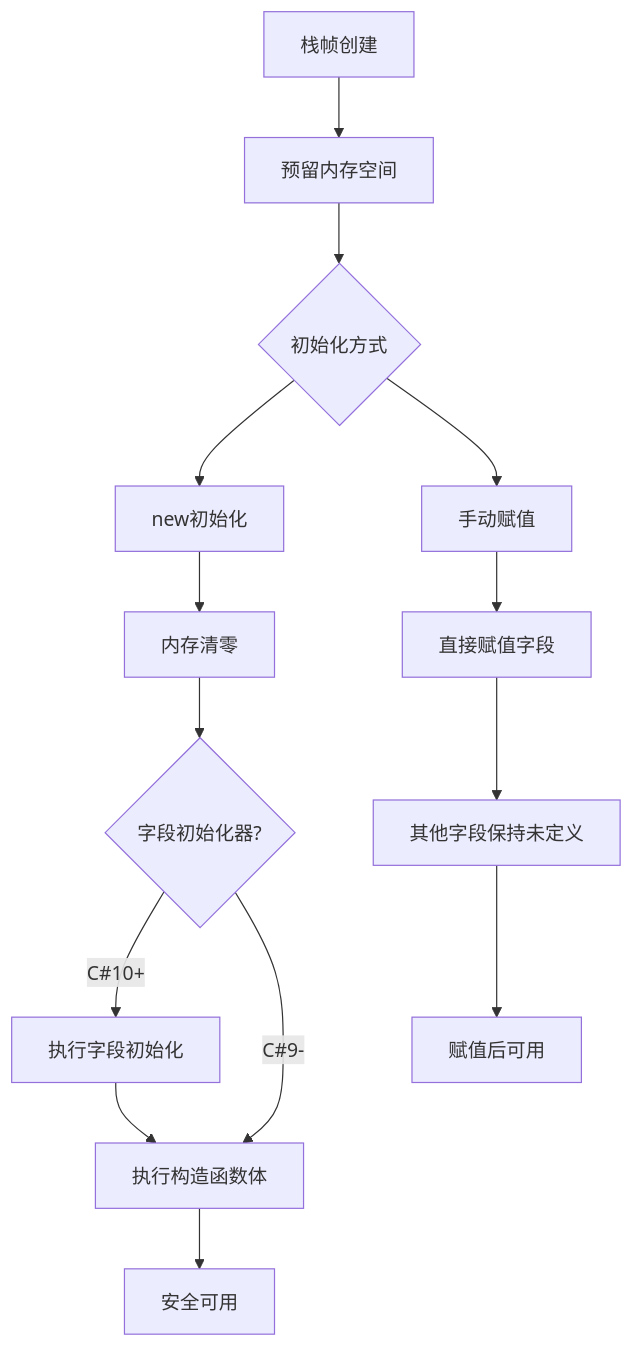
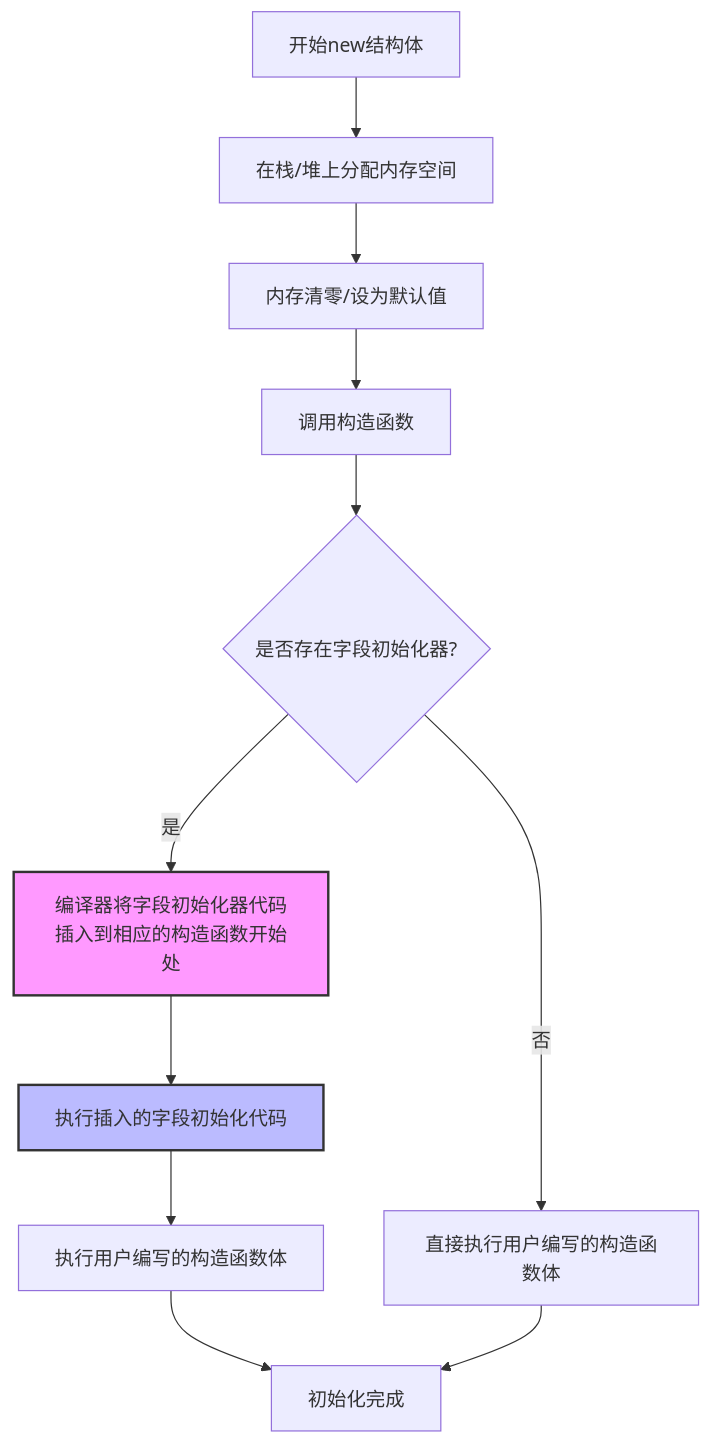
Before and after one commit to xiaoYoc/CSharp-Learning-Notes-In-a-Nutshell: diagram 11 of 11 in Readme.md, drawn with Mermaid. The commit also changed other lines of this file and 12 other files, not shown here.

````diff
--- a/Readme.md
+++ b/Readme.md
@@ -4093,14 +4294,19 @@
-   ```mermaid
-   graph TD
-       A[栈帧创建] --> B[预留内存空间]
-       B --> C{初始化方式}
-       C --> D[new初始化] --> F1[内存清零]
-       F1 --> F2{字段初始化器?}
-       F2 -->|C#10+| F22[执行字段初始化]
-       F22 --> F3[执行构造函数体]
-       F2 -->|C#9-| F3
-       C --> E[手动赋值] --> G[直接赋值字段]
-       G --> H[其他字段保持未定义]
-       F3 --> I[安全可用]
-       H --> J[赋值后可用]
-   ```
+```mermaid
+graph TB
+    A[开始new结构体] --> B[在栈/堆上分配内存空间]
+    B --> C[内存清零/设为默认值]
+    C --> D[调用构造函数]
+    D --> E{是否存在字段初始化器?}
+    
+    E -->|是| F[编译器将字段初始化器代码<br>插入到相应的构造函数开始处]
+    F --> G[执行插入的字段初始化代码]
+    G --> H[执行用户编写的构造函数体]
+    
+    E -->|否| I[直接执行用户编写的构造函数体]
+    
+    H --> J[初始化完成]
+    I --> J
+    
+    style F fill:#f9f,stroke:#333,stroke-width:2px
+    style G fill:#bbf,stroke:#333,stroke-width:2px
+```
````
